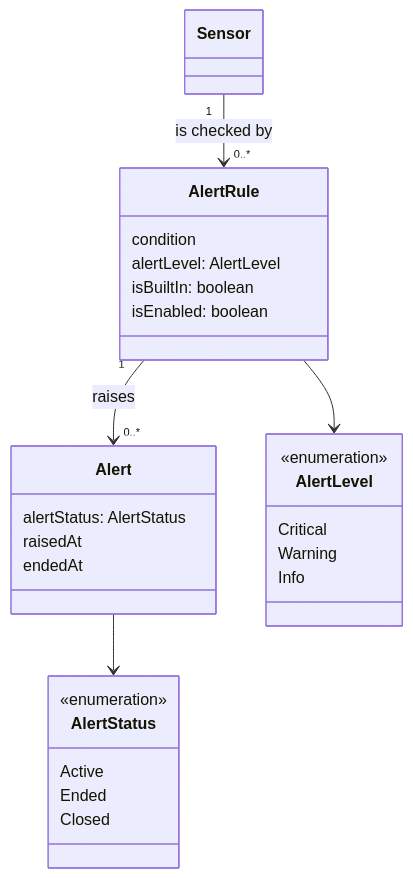
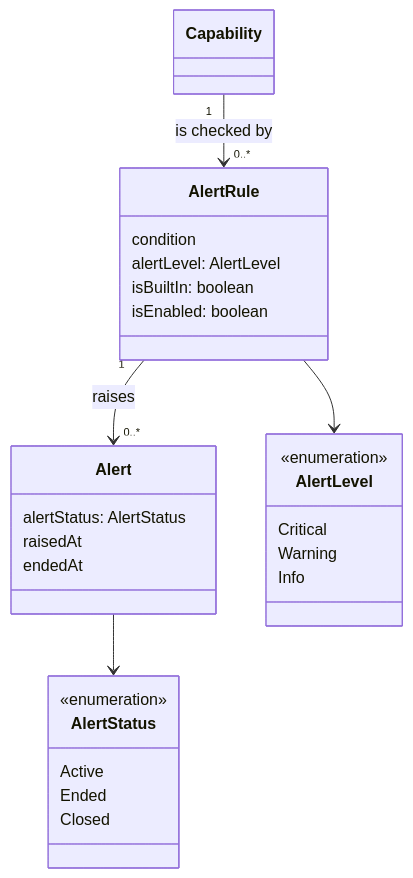
Before and after one commit to Detriz-dev/smart-home-kit: the third of 4 diagrams in kit/apps/docs-site/docs/domain-model/data-model.mdx, drawn with Mermaid. The commit also changed other lines of this file and 11 other files, not shown here.

````diff
--- a/kit/apps/docs-site/docs/domain-model/data-model.mdx
+++ b/kit/apps/docs-site/docs/domain-model/data-model.mdx
@@ -115,30 +156,30 @@
 ```mermaid
 classDiagram
     class AlertRule {
         condition
         alertLevel: AlertLevel
         isBuiltIn: boolean
         isEnabled: boolean
     }
     class Alert {
         alertStatus: AlertStatus
         raisedAt
         endedAt
     }
     class AlertLevel {
         <<enumeration>>
         Critical
         Warning
         Info
     }
     class AlertStatus {
         <<enumeration>>
         Active
         Ended
         Closed
     }
-    Sensor "1" --> "0..*" AlertRule : is checked by
+    Capability "1" --> "0..*" AlertRule : is checked by
     AlertRule "1" --> "0..*" Alert : raises
     AlertRule --> AlertLevel
     Alert --> AlertStatus
 ```
````
